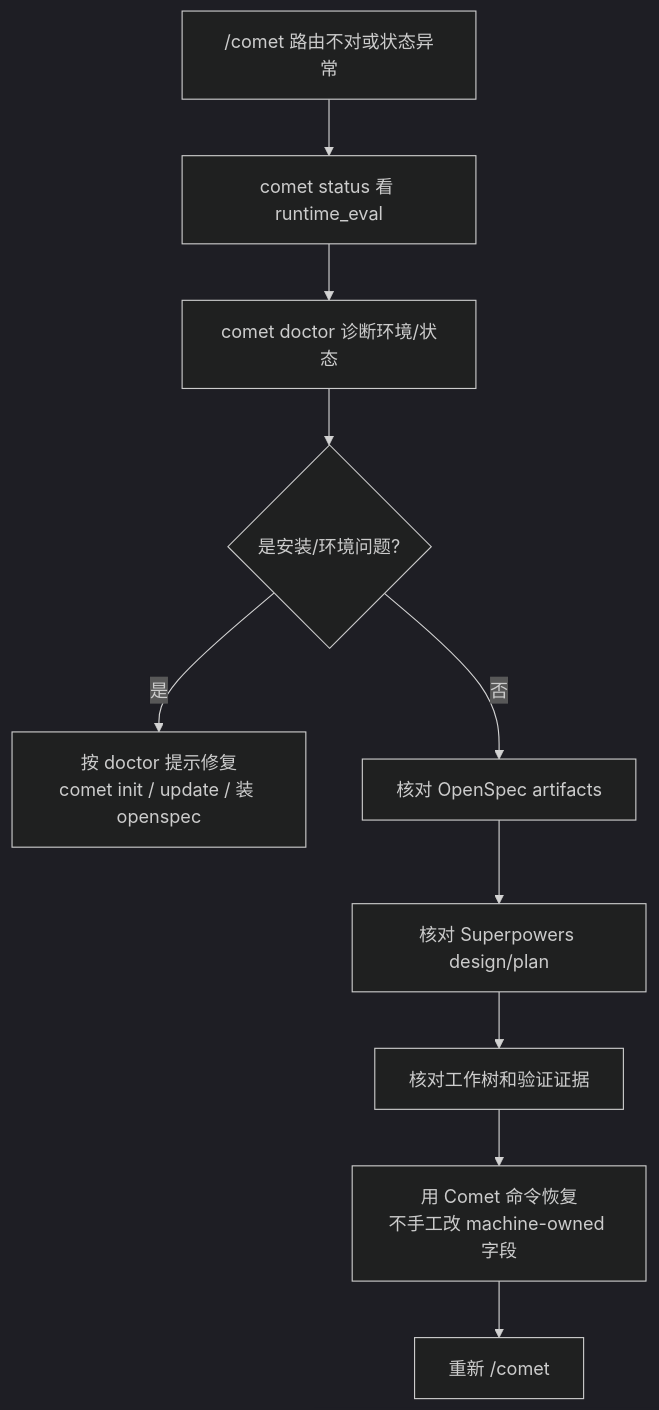
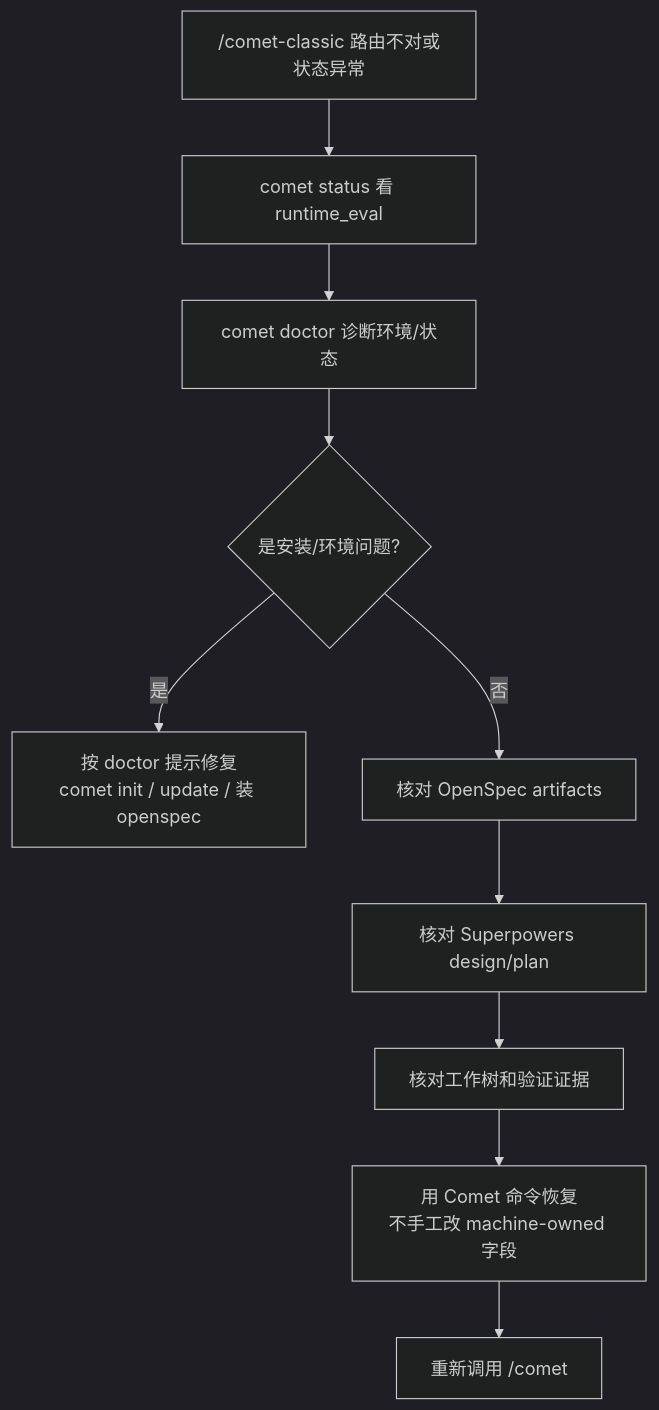
The diagram in zh/guides/state-recovery.mdx (rpamis/comet-website-docs), drawn with Mermaid (dark theme) before and after one commit. The commit also changed other lines of this file and 114 other files, not shown here.

````diff
--- a/zh/guides/state-recovery.mdx
+++ b/zh/guides/state-recovery.mdx
@@ -80,12 +84,12 @@
 ```mermaid
 flowchart TD
-  A["/comet 路由不对或状态异常"] --> B["comet status 看 runtime_eval"]
+  A["/comet-classic 路由不对或状态异常"] --> B["comet status 看 runtime_eval"]
   B --> C["comet doctor 诊断环境/状态"]
   C --> D{"是安装/环境问题?"}
   D -->|是| E["按 doctor 提示修复<br/>comet init / update / 装 openspec"]
   D -->|否| F["核对 OpenSpec artifacts"]
   F --> G["核对 Superpowers design/plan"]
   G --> H["核对工作树和验证证据"]
   H --> I["用 Comet 命令恢复<br/>不手工改 machine-owned 字段"]
-  I --> J["重新 /comet"]
+  I --> J["重新调用 /comet"]
 ```
````
